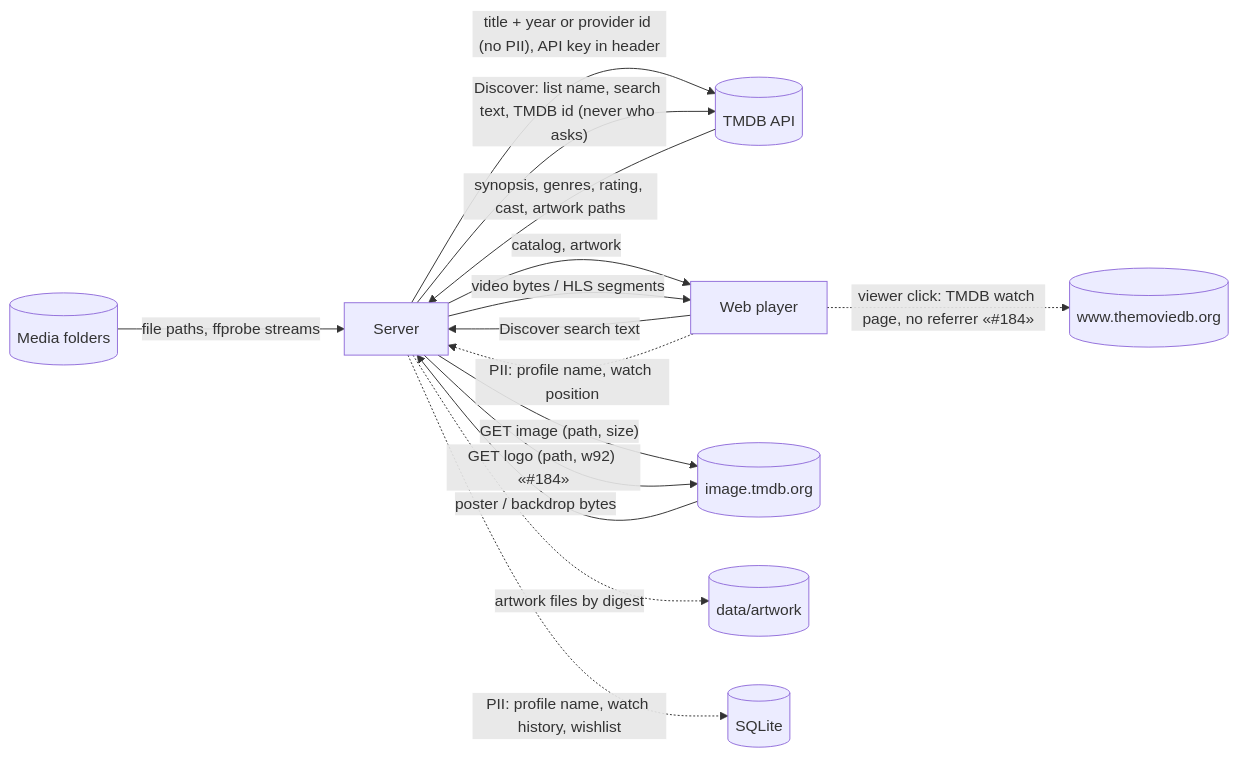
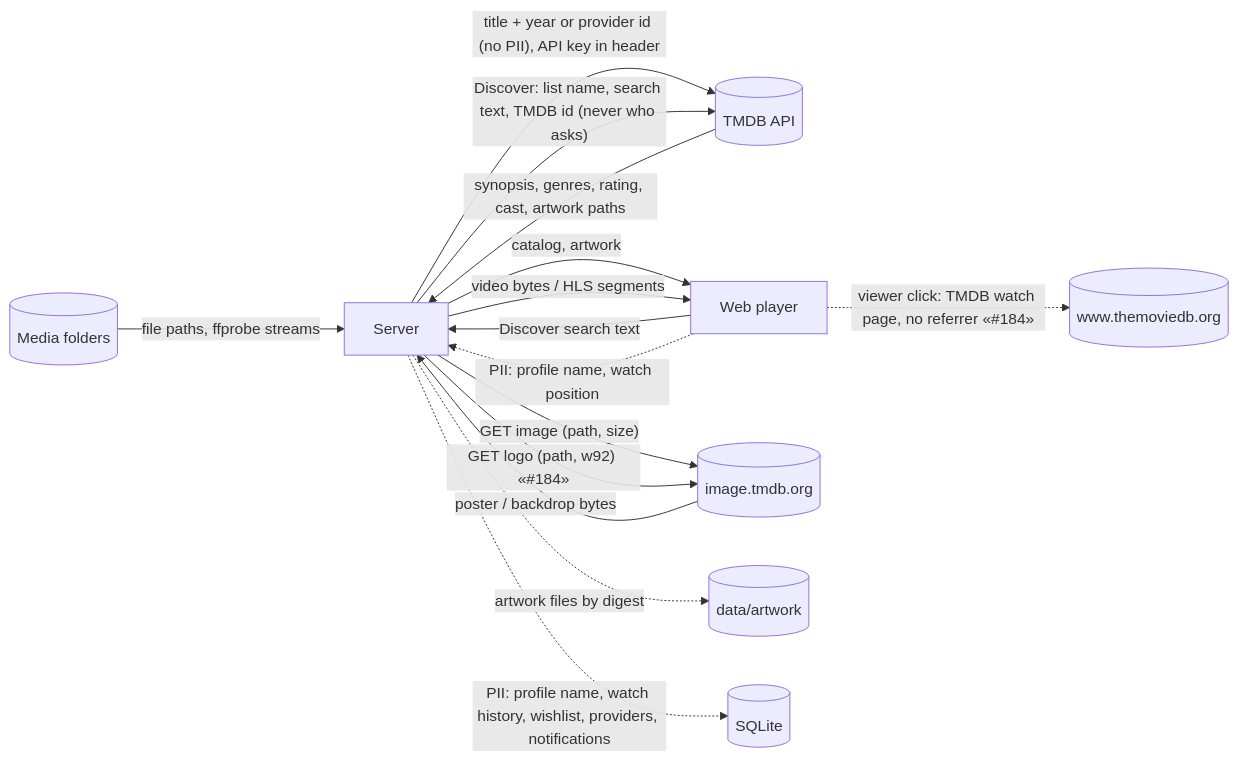
Before and after one commit to benoit-bremaud/popcorntv: the diagram in docs/architecture/diagrams/playback/06-data-flow.md, drawn with Mermaid. The commit also changed other lines of this file and 51 other files, not shown here.

````diff
--- a/docs/architecture/diagrams/playback/06-data-flow.md
+++ b/docs/architecture/diagrams/playback/06-data-flow.md
@@ -13,17 +14,17 @@
 ```mermaid
 flowchart LR
   Files[("Media folders")] -->|"file paths, ffprobe streams"| Server
   Server -->|"title + year or provider id (no PII), API key in header"| TMDB[("TMDB API")]
   Web -->|"Discover search text"| Server
   Server -->|"Discover: list name, search text, TMDB id (never who asks)"| TMDB
   TMDB -->|"synopsis, genres, rating, cast, artwork paths"| Server
   Server -->|"GET image (path, size)"| IMG[("image.tmdb.org")]
   IMG -->|"poster / backdrop bytes"| Server
   Server -->|"GET logo (path, w92) «#184»"| IMG
   Web -.->|"viewer click: TMDB watch page, no referrer «#184»"| TMDBW[("www.themoviedb.org")]
   Server -.->|"artwork files by digest"| Art[("data/artwork")]
   Server -->|"catalog, artwork"| Web[Web player]
   Web -.->|"PII: profile name, watch position"| Server
-  Server -.->|"PII: profile name, watch history, wishlist"| DB[("SQLite")]
+  Server -.->|"PII: profile name, watch history, wishlist, providers, notifications"| DB[("SQLite")]
   Server -->|"video bytes / HLS segments"| Web
 ```
````
